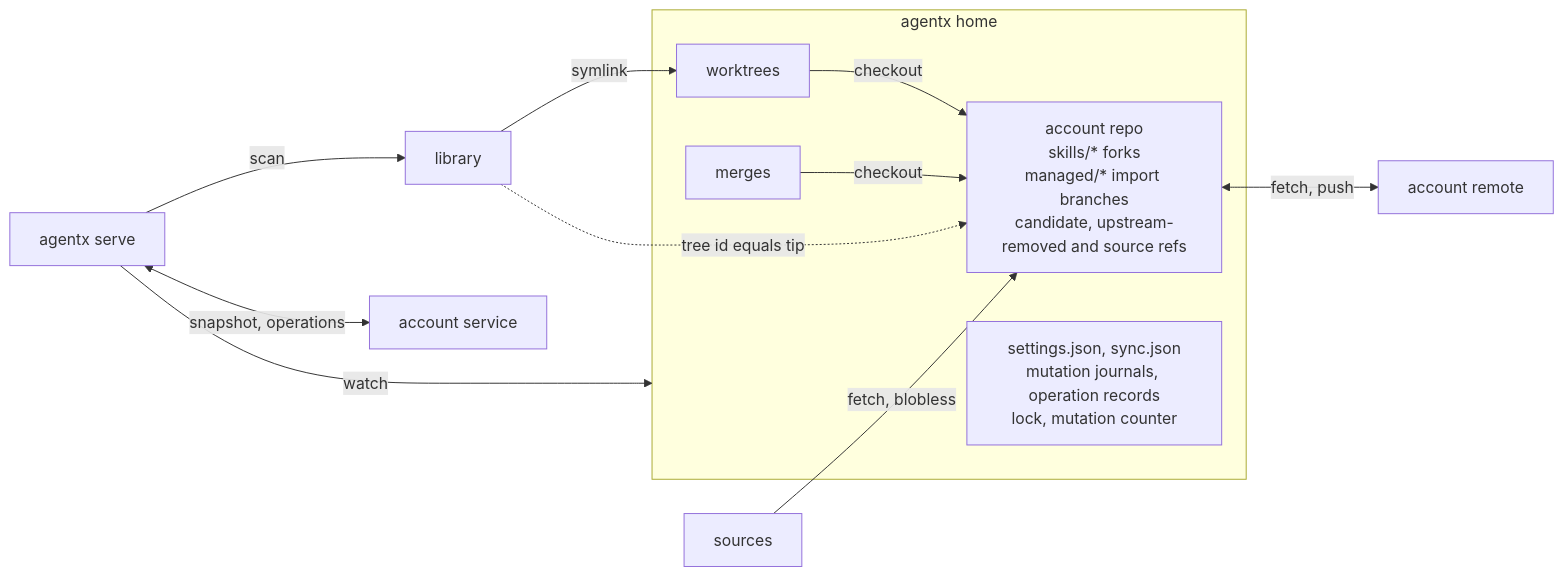
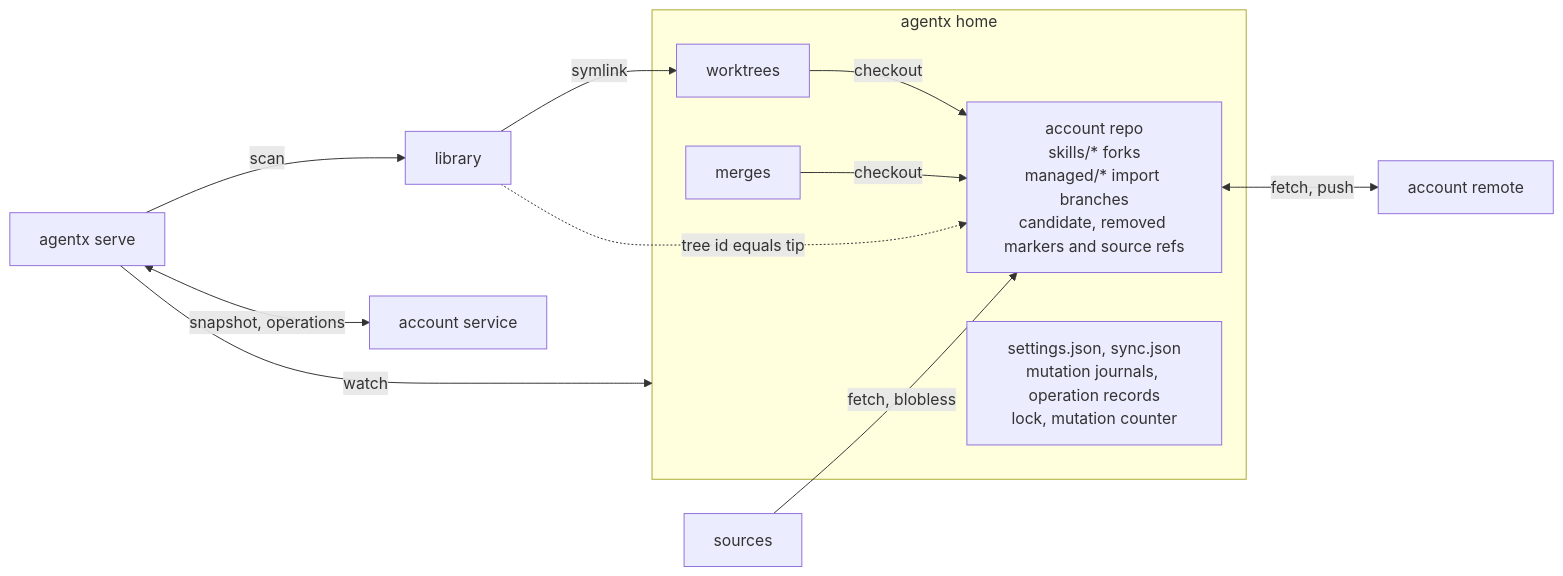
Before and after one commit to grundmanise/agentx: the diagram in docs/adr/0004-no-local-database-git-holds-lineage-files-hold-machine-state.md, drawn with Mermaid. The commit also changed other lines of this file and 208 other files, not shown here.

Commit message:
feat(skill): your own skills with history, published to your account remote or back to their source (#78)

````diff
--- a/docs/adr/0004-no-local-database-git-holds-lineage-files-hold-machine-state.md
+++ b/docs/adr/0004-no-local-database-git-holds-lineage-files-hold-machine-state.md
@@ -25,18 +25,18 @@
 ```mermaid
 flowchart LR
   subgraph home["agentx home"]
-    repo["account repo<br/>skills/* forks<br/>managed/* import branches<br/>candidate, upstream-removed and source refs"]
+    repo["account repo<br/>skills/* forks<br/>managed/* import branches<br/>candidate, removed markers and source refs"]
     wt["worktrees"]
     merges["merges"]
     files["settings.json, sync.json<br/>mutation journals, operation records<br/>lock, mutation counter"]
   end
   lib["library"] -- symlink --> wt
   wt -- checkout --> repo
   merges -- checkout --> repo
   lib -. tree id equals tip .-> repo
   sources["sources"] -- fetch, blobless --> repo
   repo <-- fetch, push --> remote["account remote"]
   serve["agentx serve"] -- scan --> lib
   serve -- watch --> home
   serve <-- snapshot, operations --> svc["account service"]
 ```
````
